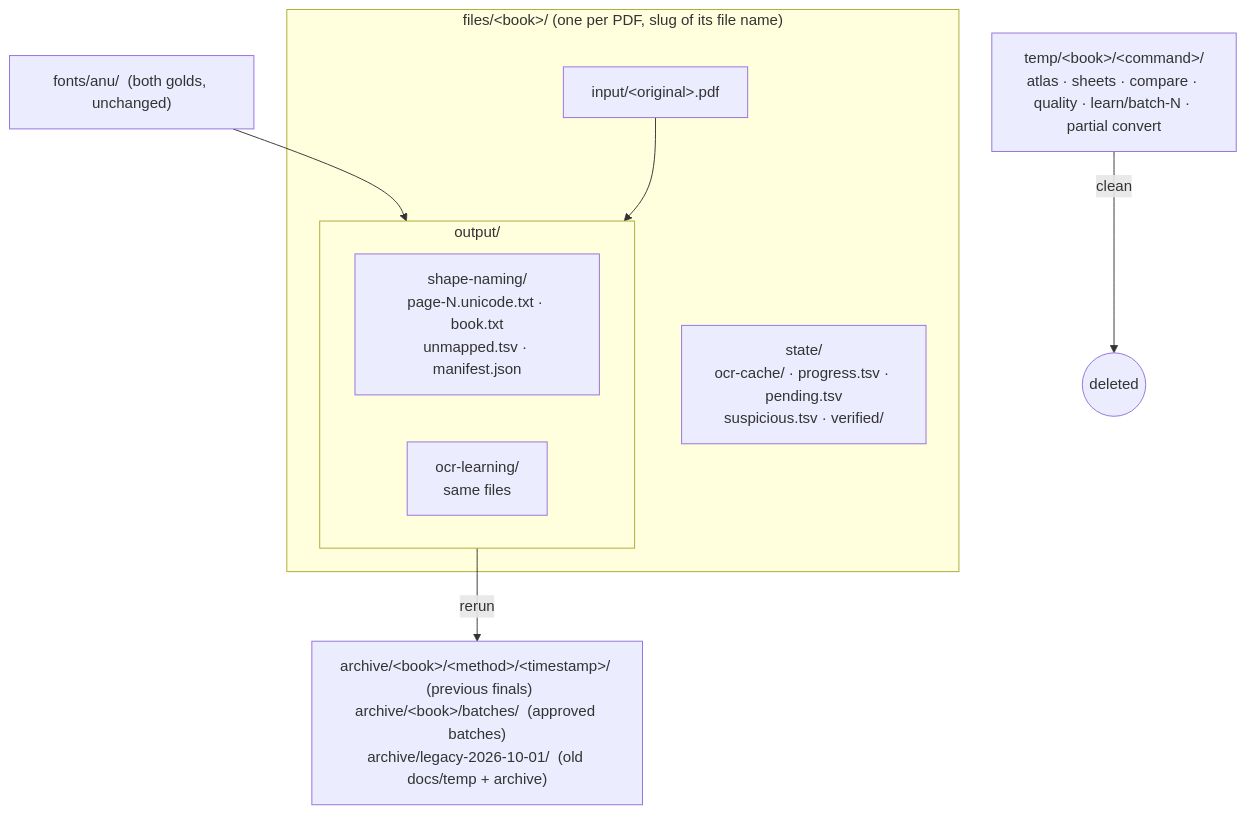
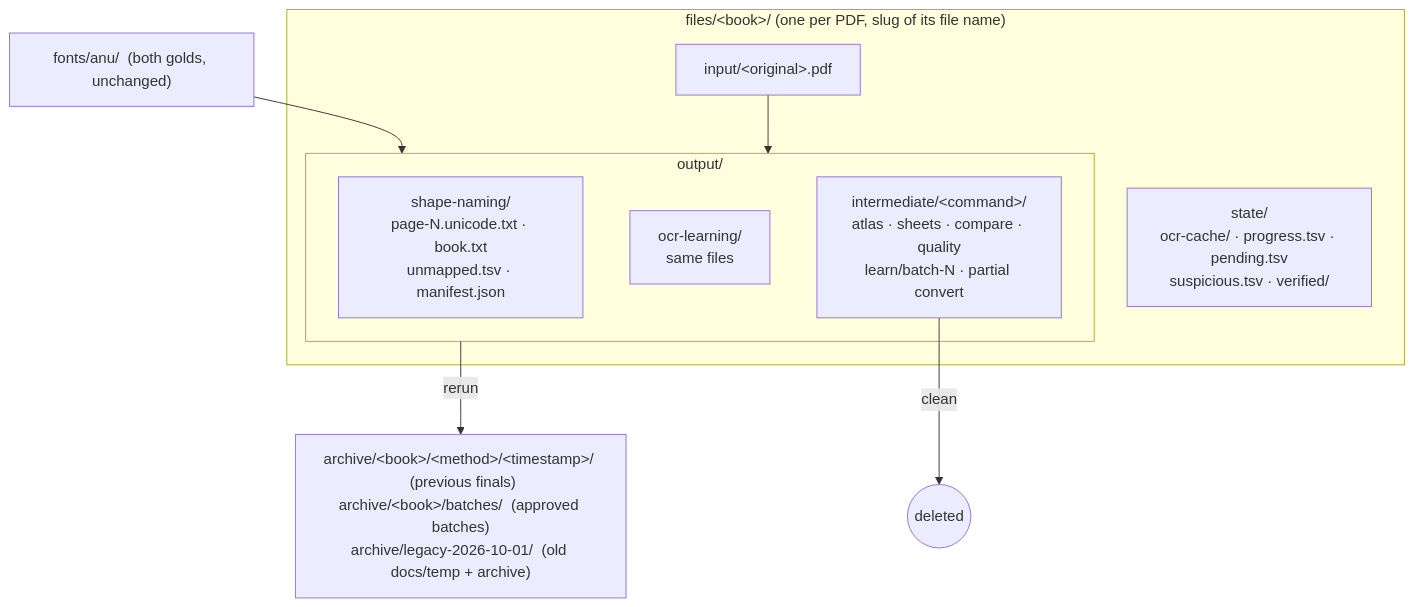
One commit to miriyald/te-recover-pdf changed the diagram in docs/specs/artifact-layout/design.md. Above: the diagram before and after it, drawn with Mermaid. The commit also changed other lines of this file and 1 other file, not shown here.

Commit message:
Keep intermediate files inside each book's output folder

````diff
--- a/docs/specs/artifact-layout/design.md
+++ b/docs/specs/artifact-layout/design.md
@@ -24,17 +24,17 @@
 ```mermaid
 flowchart TB
   subgraph F["files/&lt;book&gt;/   (one per PDF, slug of its file name)"]
     I[input/&lt;original&gt;.pdf]
     subgraph O[output/]
       O2[shape-naming/<br/>page-N.unicode.txt · book.txt<br/>unmapped.tsv · manifest.json]
       O1[ocr-learning/<br/>same files]
+      T["intermediate/&lt;command&gt;/<br/>atlas · sheets · compare · quality<br/>learn/batch-N · partial convert"]
     end
     S[state/<br/>ocr-cache/ · progress.tsv · pending.tsv<br/>suspicious.tsv · verified/]
   end
-  T["temp/&lt;book&gt;/&lt;command&gt;/<br/>atlas · sheets · compare · quality · learn/batch-N · partial convert"]
   A["archive/&lt;book&gt;/&lt;method&gt;/&lt;timestamp&gt;/  (previous finals)<br/>archive/&lt;book&gt;/batches/  (approved batches)<br/>archive/legacy-2026-10-01/  (old docs/temp + archive)"]
   FO["fonts/anu/  (both golds, unchanged)"] --> O
   I --> O
   O -->|rerun| A
   T -->|clean| X((deleted))
 ```
````
